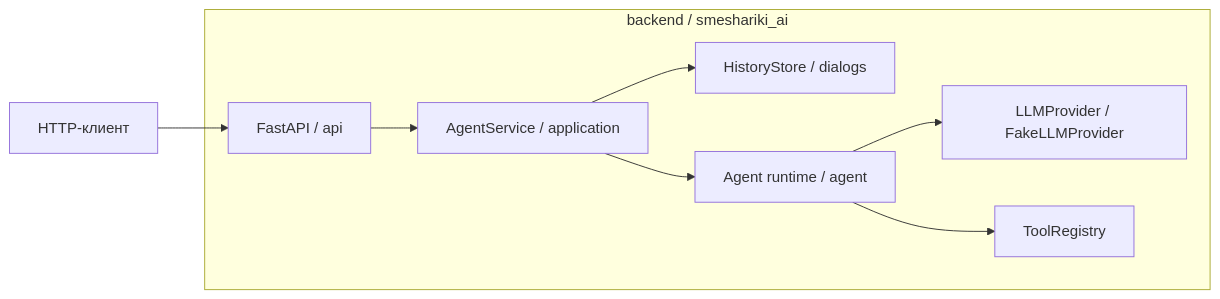
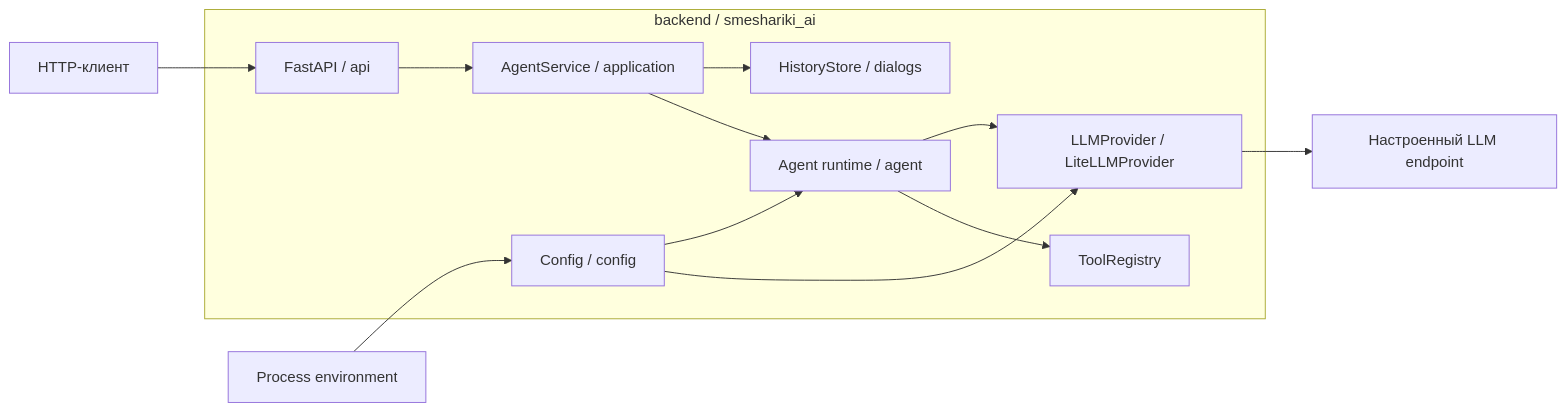
The diagram in docs/README.md (Nisakoo/BMSTU-NIRS), drawn with Mermaid before and after one commit. The commit also changed other lines of this file and 31 other files, not shown here.

Commit message:
feat(backend): add LiteLLM provider and unified config

````diff
--- a/docs/README.md
+++ b/docs/README.md
@@ -36,21 +38,29 @@
 ```mermaid
 flowchart LR
     Client[HTTP-клиент]
 
     subgraph Backend[backend / smeshariki_ai]
+        Config[Config / config]
         API[FastAPI / api]
         Service[AgentService / application]
         History[HistoryStore / dialogs]
         Agent[Agent runtime / agent]
-        LLM[LLMProvider / FakeLLMProvider]
+        LLM[LLMProvider / LiteLLMProvider]
         Tools[ToolRegistry]
 
         API --> Service
+        Config --> Agent
+        Config --> LLM
         Service --> History
         Service --> Agent
         Agent --> LLM
         Agent --> Tools
     end
 
+    Model[Настроенный LLM endpoint]
+    Environment[Process environment]
+
     Client --> API
+    Environment --> Config
+    LLM --> Model
 ```
````
